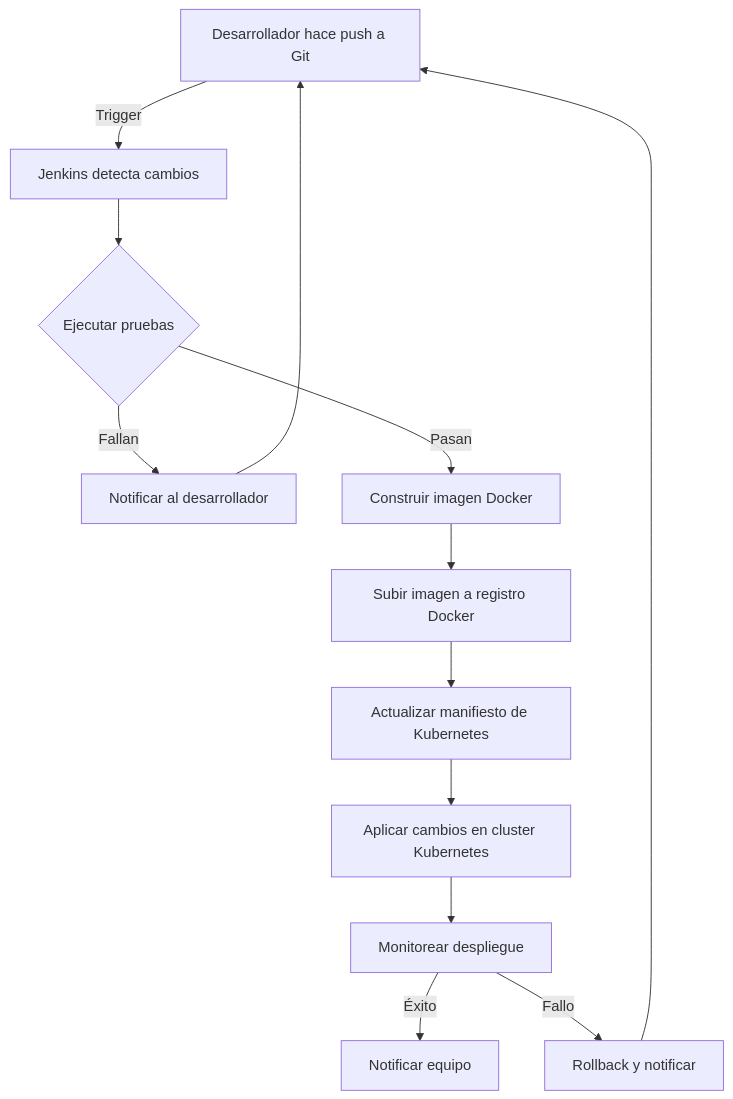
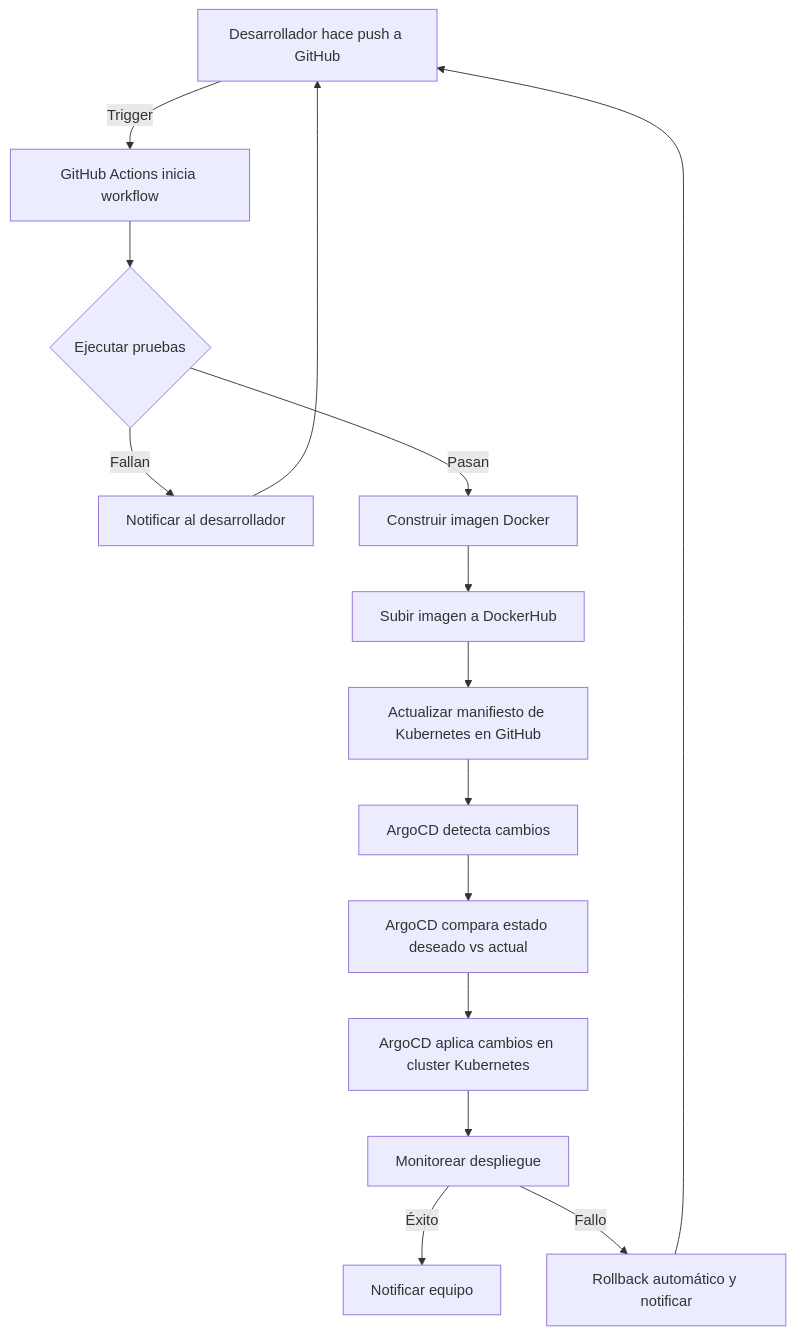
One commit to asotonet/kubernetes-nginx-demo changed the diagram in README.md. Above: the diagram before and after it, drawn with Mermaid.

Commit message:
Actualizar README.md

`````diff
--- a/README.md
+++ b/README.md
@@ -1,15 +1,17 @@
 ````mermaid
-  graph TD
-    A[Desarrollador hace push a Git] -->|Trigger| B[Jenkins detecta cambios]
+graph TD
+    A[Desarrollador hace push a GitHub] -->|Trigger| B[GitHub Actions inicia workflow]
     B --> C{Ejecutar pruebas}
     C -->|Fallan| D[Notificar al desarrollador]
     D --> A
     C -->|Pasan| E[Construir imagen Docker]
-    E --> F[Subir imagen a registro Docker]
-    F --> G[Actualizar manifiesto de Kubernetes]
-    G --> H[Aplicar cambios en cluster Kubernetes]
-    H --> I[Monitorear despliegue]
-    I -->|Éxito| J[Notificar equipo]
-    I -->|Fallo| K[Rollback y notificar]
-    K --> A
+    E --> F[Subir imagen a DockerHub]
+    F --> G[Actualizar manifiesto de Kubernetes en GitHub]
+    G --> H[ArgoCD detecta cambios]
+    H --> I[ArgoCD compara estado deseado vs actual]
+    I --> J[ArgoCD aplica cambios en cluster Kubernetes]
+    J --> K[Monitorear despliegue]
+    K -->|Éxito| L[Notificar equipo]
+    K -->|Fallo| M[Rollback automático y notificar]
+    M --> A
 ````
`````
